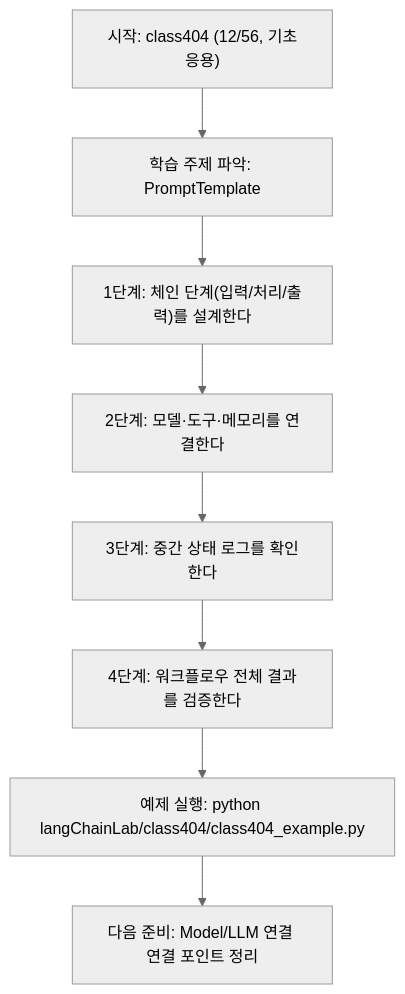
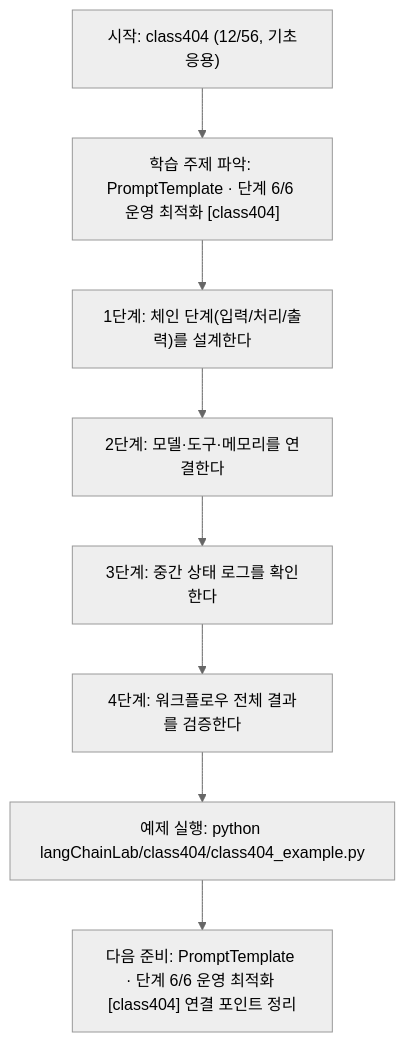
Before and after one commit to edumgt/Python-AI_Agent-Class: the diagram in langChainLab/class404/class404.md, drawn with Mermaid (neutral theme). The commit also changed other lines of this file and 522 other files, not shown here.

````diff
--- a/langChainLab/class404/class404.md
+++ b/langChainLab/class404/class404.md
@@ -107,18 +108,18 @@
 ```mermaid
 flowchart TD
 N1["시작: class404 (12/56, 기초응용)"]
-N2["학습 주제 파악: PromptTemplate"]
+N2["학습 주제 파악: PromptTemplate · 단계 6/6 운영 최적화 [class404]"]
 N3["1단계: 체인 단계(입력/처리/출력)를 설계한다"]
 N4["2단계: 모델·도구·메모리를 연결한다"]
 N5["3단계: 중간 상태 로그를 확인한다"]
 N6["4단계: 워크플로우 전체 결과를 검증한다"]
 N7["예제 실행: python langChainLab/class404/class404_example.py"]
-N8["다음 준비: Model/LLM 연결 연결 포인트 정리"]
+N8["다음 준비: PromptTemplate · 단계 6/6 운영 최적화 [class404] 연결 포인트 정리"]
 N1 --> N2
 N2 --> N3
 N3 --> N4
 N4 --> N5
 N5 --> N6
 N6 --> N7
 N7 --> N8
 ```
````
